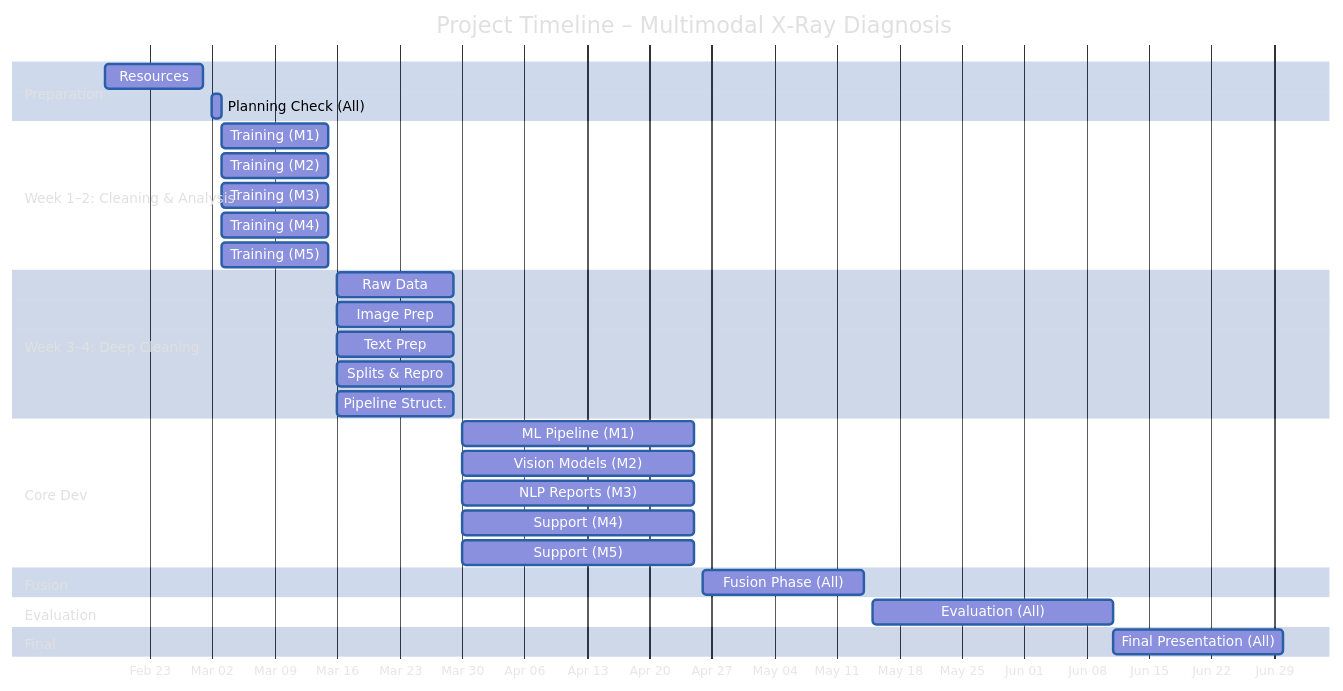
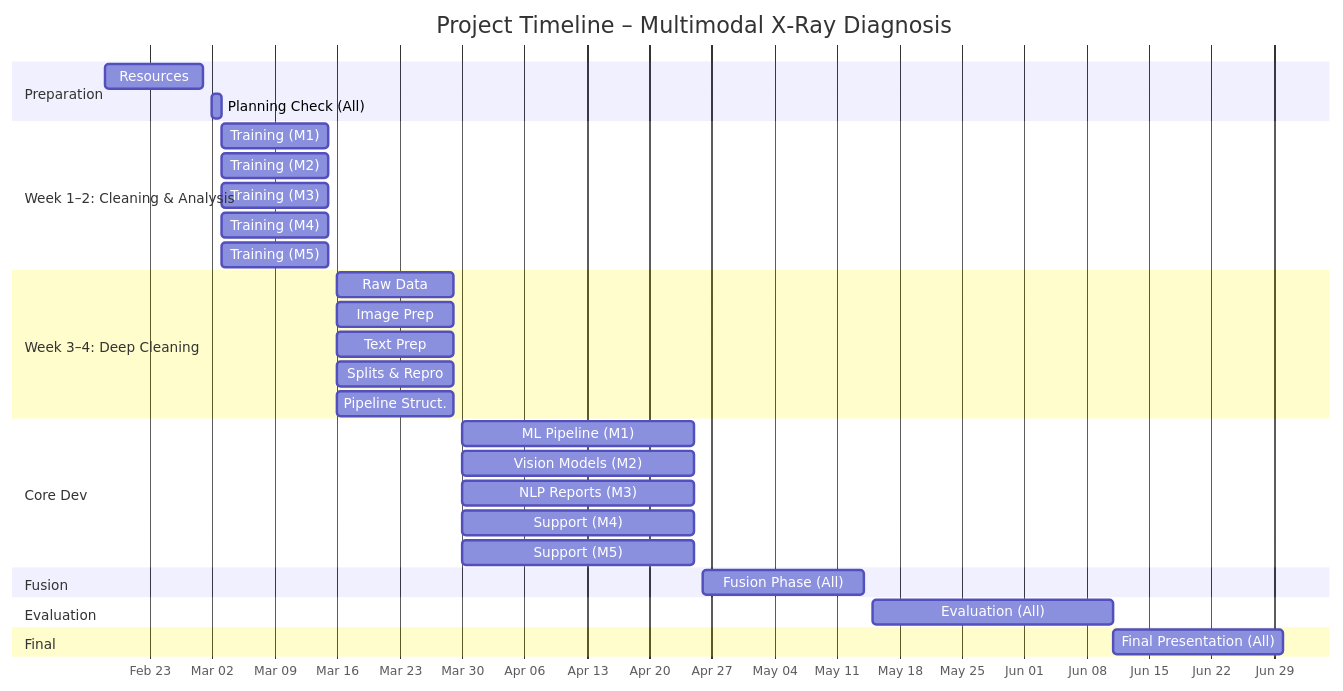
Before and after one commit to chaotiquetaurus/Open-i_chestxray_multimodal: the diagram in Diagramme_planning.md, drawn with Mermaid.

Commit message:
planning

````diff
--- a/Diagramme_planning.md
+++ b/Diagramme_planning.md
@@ -1,56 +1,42 @@
 ```mermaid
-%%{init: { 
-    "theme": "default",
-    "themeVariables": { 
-        "fontSize": "9px",
-        "fontFamily": "Inter",
-        "textColor": "#e0e0e0",
-        "taskTextColor": "#ffffff",
-        "taskColor": "#3a7bd5",
-        "taskBorderColor": "#2a5fa8",
-        "lineColor": "#90caf9",
-        "sectionBkgColor": "#0d47a1",
-        "sectionBkgColor2": "#0a3d91"
-    }
-}}%%
 
 
 gantt
     title Project Timeline – Multimodal X‑Ray Diagnosis
     dateFormat  YYYY-MM-DD
     axisFormat  %b %d
 
     section Preparation
     Resources            :a1, 2025-02-18, 2025-03-01
     Planning Check (All)             :a2, 2025-03-02, 1d
 
     section Week 1–2: Cleaning & Analysis
     Training (M1)         :m1a, 2025-03-03, 2025-03-15
     Training (M2)       :m2a, 2025-03-03, 2025-03-15
     Training (M3)        :m3a, 2025-03-03, 2025-03-15
     Training (M4)   :m4a, 2025-03-03, 2025-03-15
     Training (M5) :m5a, 2025-03-03, 2025-03-15
 
     section Week 3–4: Deep Cleaning
     Raw Data             :m1b, 2025-03-16, 2025-03-29
     Image Prep           :m2b, 2025-03-16, 2025-03-29
     Text Prep            :m3b, 2025-03-16, 2025-03-29
     Splits & Repro       :m4b, 2025-03-16, 2025-03-29
     Pipeline Struct.     :m5b, 2025-03-16, 2025-03-29
 
     section Core Dev
     ML Pipeline (M1)                 :m1c, 2025-03-30, 2025-04-25
     Vision Models (M2)               :m2c, 2025-03-30, 2025-04-25
     NLP Reports (M3)                 :m3c, 2025-03-30, 2025-04-25
     Support (M4)                     :m4c, 2025-03-30, 2025-04-25
     Support (M5)                     :m5c, 2025-03-30, 2025-04-25
 
     section Fusion
     Fusion Phase (All)               :fusion, 2025-04-26, 2025-05-14
 
     section Evaluation
     Evaluation (All)                 :eval, 2025-05-15, 2025-06-11
 
     section Final
     Final Presentation (All)         :present, 2025-06-11, 2025-06-30
 ```
````
